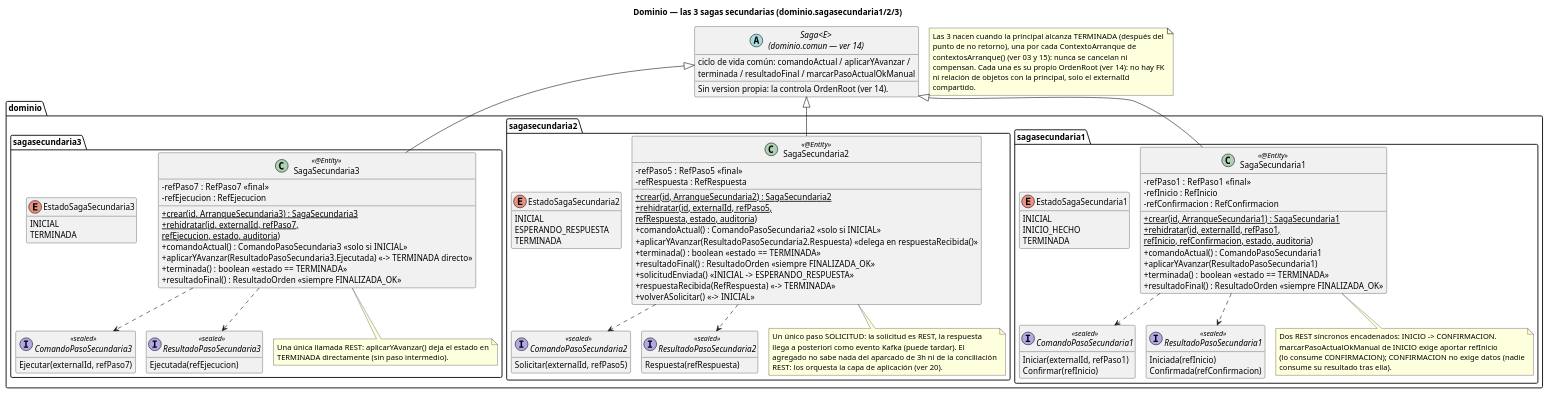
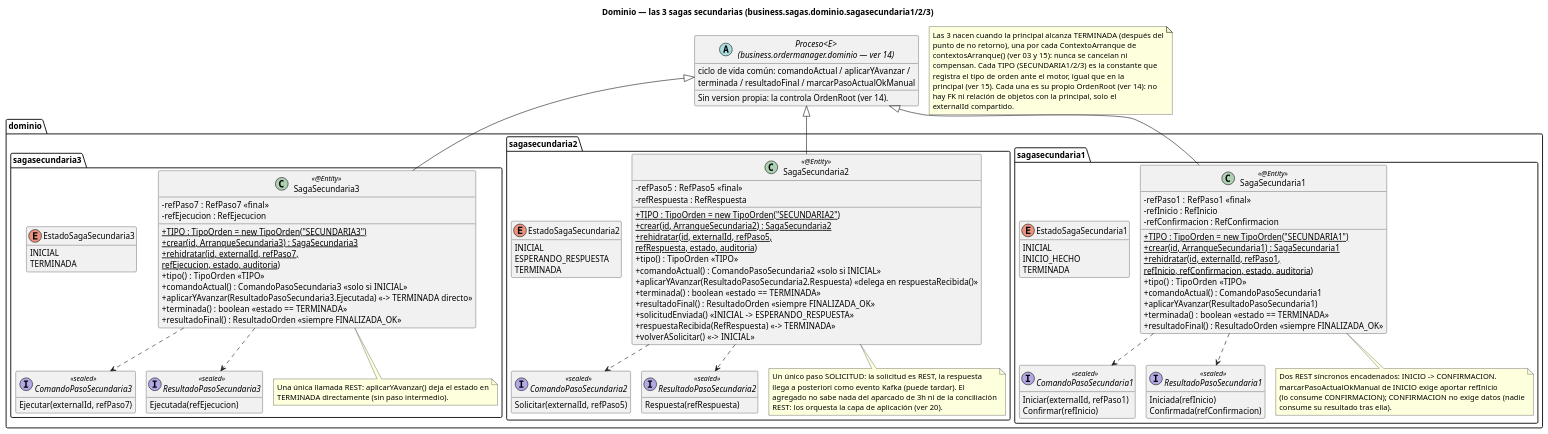
The diagram in order-manager/docs/16-clases-dominio-sagas-secundarias.puml (ralcazar/patrones), drawn with PlantUML before and after one commit. The commit also changed 48 other files, not shown here.

First line of the commit message:
Paso 7: sincronizar diagramas y docs con la separación ordermanager/sagas

```diff
--- a/order-manager/docs/16-clases-dominio-sagas-secundarias.puml
+++ b/order-manager/docs/16-clases-dominio-sagas-secundarias.puml
@@ -1,125 +1,133 @@
 @startuml 16-clases-dominio-sagas-secundarias
-title Dominio — las 3 sagas secundarias (dominio.sagasecundaria1/2/3)
+title Dominio — las 3 sagas secundarias (business.sagas.dominio.sagasecundaria1/2/3)
 !pragma layout smetana
 hide empty members
 skinparam classAttributeIconSize 0
 
-abstract class "Saga<E>\n(dominio.comun — ver 14)" as Saga {
+abstract class "Proceso<E>\n(business.ordermanager.dominio — ver 14)" as Proceso {
   ciclo de vida común: comandoActual / aplicarYAvanzar /
   terminada / resultadoFinal / marcarPasoActualOkManual
   Sin version propia: la controla OrdenRoot (ver 14).
 }
 
 package "dominio.sagasecundaria1" {
   class SagaSecundaria1 <<@Entity>> {
+    +{static} TIPO : TipoOrden = new TipoOrden("SECUNDARIA1")
     -refPaso1 : RefPaso1  «final»
     -refInicio : RefInicio
     -refConfirmacion : RefConfirmacion
     +{static} crear(id, ArranqueSecundaria1) : SagaSecundaria1
     +{static} rehidratar(id, externalId, refPaso1,\nrefInicio, refConfirmacion, estado, auditoria)
+    +tipo() : TipoOrden  «TIPO»
     +comandoActual() : ComandoPasoSecundaria1
     +aplicarYAvanzar(ResultadoPasoSecundaria1)
     +terminada() : boolean  «estado == TERMINADA»
     +resultadoFinal() : ResultadoOrden  «siempre FINALIZADA_OK»
   }
   enum EstadoSagaSecundaria1 {
     INICIAL
     INICIO_HECHO
     TERMINADA
   }
   interface ComandoPasoSecundaria1 <<sealed>> {
     Iniciar(externalId, refPaso1)
     Confirmar(refInicio)
   }
   interface ResultadoPasoSecundaria1 <<sealed>> {
     Iniciada(refInicio)
     Confirmada(refConfirmacion)
   }
   note bottom of SagaSecundaria1
     Dos REST síncronos encadenados: INICIO -> CONFIRMACION.
     marcarPasoActualOkManual de INICIO exige aportar refInicio
     (lo consume CONFIRMACION); CONFIRMACION no exige datos (nadie
     consume su resultado tras ella).
   end note
 }
 
 package "dominio.sagasecundaria2" {
   class SagaSecundaria2 <<@Entity>> {
+    +{static} TIPO : TipoOrden = new TipoOrden("SECUNDARIA2")
     -refPaso5 : RefPaso5  «final»
     -refRespuesta : RefRespuesta
     +{static} crear(id, ArranqueSecundaria2) : SagaSecundaria2
     +{static} rehidratar(id, externalId, refPaso5,\nrefRespuesta, estado, auditoria)
+    +tipo() : TipoOrden  «TIPO»
     +comandoActual() : ComandoPasoSecundaria2  «solo si INICIAL»
     +aplicarYAvanzar(ResultadoPasoSecundaria2.Respuesta)  «delega en respuestaRecibida()»
     +terminada() : boolean  «estado == TERMINADA»
     +resultadoFinal() : ResultadoOrden  «siempre FINALIZADA_OK»
     +solicitudEnviada()  «INICIAL -> ESPERANDO_RESPUESTA»
     +respuestaRecibida(RefRespuesta)  «-> TERMINADA»
     +volverASolicitar()  «-> INICIAL»
   }
   enum EstadoSagaSecundaria2 {
     INICIAL
     ESPERANDO_RESPUESTA
     TERMINADA
   }
   interface ComandoPasoSecundaria2 <<sealed>> {
     Solicitar(externalId, refPaso5)
   }
   interface ResultadoPasoSecundaria2 <<sealed>> {
     Respuesta(refRespuesta)
   }
   note bottom of SagaSecundaria2
     Un único paso SOLICITUD: la solicitud es REST, la respuesta
     llega a posteriori como evento Kafka (puede tardar). El
     agregado no sabe nada del aparcado de 3h ni de la conciliación
     REST: los orquesta la capa de aplicación (ver 20).
   end note
 }
 
 package "dominio.sagasecundaria3" {
   class SagaSecundaria3 <<@Entity>> {
+    +{static} TIPO : TipoOrden = new TipoOrden("SECUNDARIA3")
     -refPaso7 : RefPaso7  «final»
     -refEjecucion : RefEjecucion
     +{static} crear(id, ArranqueSecundaria3) : SagaSecundaria3
     +{static} rehidratar(id, externalId, refPaso7,\nrefEjecucion, estado, auditoria)
+    +tipo() : TipoOrden  «TIPO»
     +comandoActual() : ComandoPasoSecundaria3  «solo si INICIAL»
     +aplicarYAvanzar(ResultadoPasoSecundaria3.Ejecutada)  «-> TERMINADA directo»
     +terminada() : boolean  «estado == TERMINADA»
     +resultadoFinal() : ResultadoOrden  «siempre FINALIZADA_OK»
   }
   enum EstadoSagaSecundaria3 {
     INICIAL
     TERMINADA
   }
   interface ComandoPasoSecundaria3 <<sealed>> {
     Ejecutar(externalId, refPaso7)
   }
   interface ResultadoPasoSecundaria3 <<sealed>> {
     Ejecutada(refEjecucion)
   }
   note bottom of SagaSecundaria3
     Una única llamada REST: aplicarYAvanzar() deja el estado en
     TERMINADA directamente (sin paso intermedio).
   end note
 }
 
-Saga <|-down- SagaSecundaria1
-Saga <|-down- SagaSecundaria2
-Saga <|-down- SagaSecundaria3
+Proceso <|-down- SagaSecundaria1
+Proceso <|-down- SagaSecundaria2
+Proceso <|-down- SagaSecundaria3
 
 SagaSecundaria1 ..> ComandoPasoSecundaria1
 SagaSecundaria1 ..> ResultadoPasoSecundaria1
 SagaSecundaria2 ..> ComandoPasoSecundaria2
 SagaSecundaria2 ..> ResultadoPasoSecundaria2
 SagaSecundaria3 ..> ComandoPasoSecundaria3
 SagaSecundaria3 ..> ResultadoPasoSecundaria3
 
 note as NNace
   Las 3 nacen cuando la principal alcanza TERMINADA (después del
   punto de no retorno), una por cada ContextoArranque de
   contextosArranque() (ver 03 y 15): nunca se cancelan ni
-  compensan. Cada una es su propio OrdenRoot (ver 14): no hay FK
-  ni relación de objetos con la principal, solo el externalId
-  compartido.
+  compensan. Cada TIPO (SECUNDARIA1/2/3) es la constante que
+  registra el tipo de orden ante el motor, igual que en la
+  principal (ver 15). Cada una es su propio OrdenRoot (ver 14): no
+  hay FK ni relación de objetos con la principal, solo el
+  externalId compartido.
 end note
 @enduml
```
